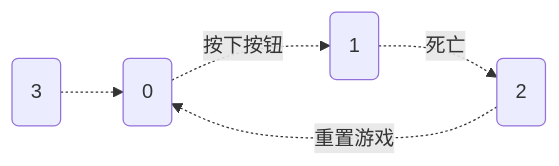
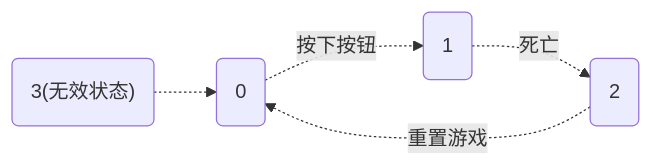
The fourth of 5 diagrams in _MYDOC/Report.md (FUTURETECH6/FlappyBird), drawn with Mermaid before and after one commit. The commit also changed other lines of this file and 70 other files, not shown here.

````diff
--- a/_MYDOC/Report.md
+++ b/_MYDOC/Report.md
@@ -93,8 +140,8 @@
 ```mermaid
 graph LR
 
 0(0) -.按下按钮.-> 1(1)
 1 -.死亡.-> 2(2)
 2 -.重置游戏.-> 0
-3(3) .-> 0
+3("3(无效状态)") .-> 0
 ```
````
